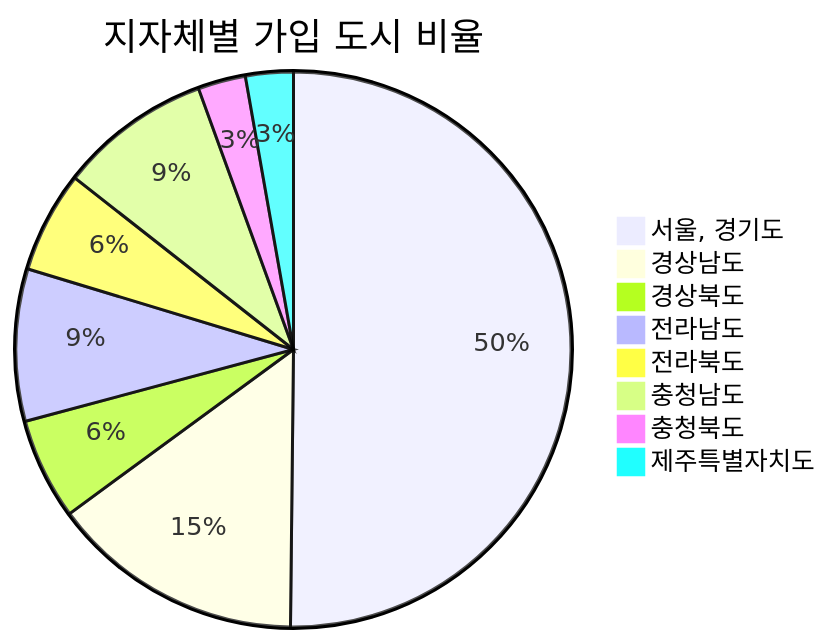
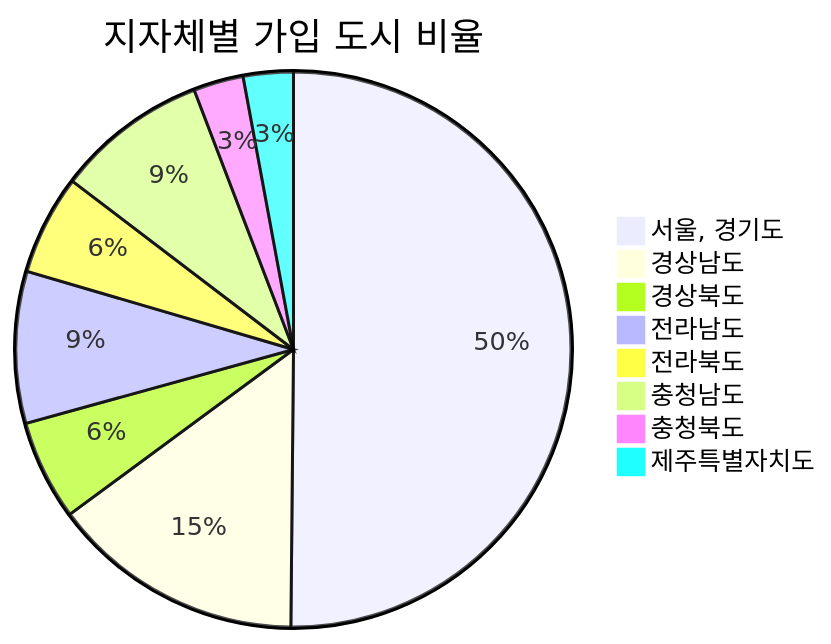
One commit to j8927/Age_Friendly_City changed the diagram in README.md. Above: the diagram before and after it, drawn with Mermaid.

````diff
--- a/README.md
+++ b/README.md
@@ -89,12 +89,12 @@
 ```mermaid
 pie
     title 지자체별 가입 도시 비율
-    "서울, 경기도" : 5.78
-    "경상남도" : 1.7
-    "경상북도" : 0.68
-    "전라남도" : 1.02
-    "전라북도" : 0.68
-    "충청남도" : 1.02
-    "충청북도" : 0.32
-    "제주특별자치도" : 0.32
+    "서울, 경기도" : 50
+    "경상남도" : 14.7
+    "경상북도" : 5.8
+    "전라남도" : 8.8
+    "전라북도" : 5.8
+    "충청남도" : 8.8
+    "충청북도" : 2.9
+    "제주특별자치도" : 2.9
 ```
````
